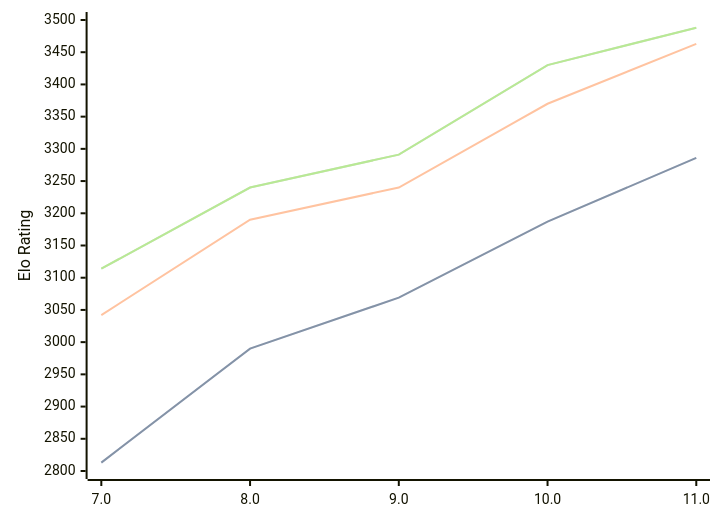
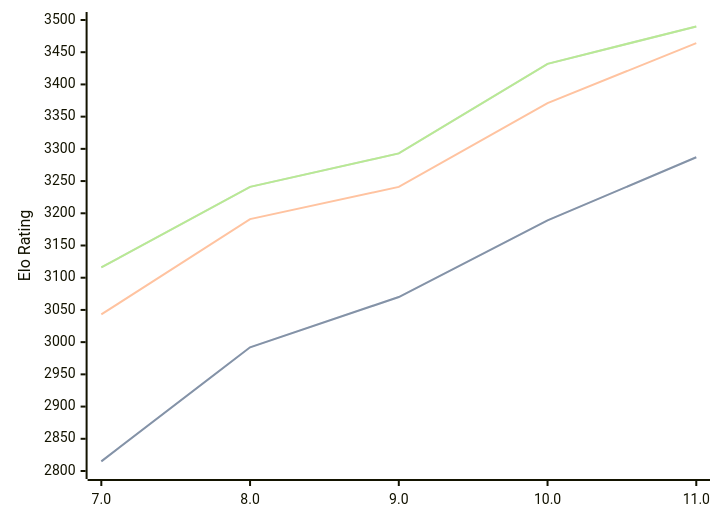
Before and after one commit to computer-chess-index/cci: the diagram in engines/Tcheran.md, drawn with Mermaid. The commit also changed other lines of this file, not shown here.

Commit message:
Update CCI Ratings (ELO VLTC) - 2026-05-06

````diff
--- a/engines/Tcheran.md
+++ b/engines/Tcheran.md
@@ -49,11 +49,11 @@
 ```mermaid
 %%{init: {"theme":"base","themeVariables":{"seriesColors:['#a3a3a3','#222221','#faa371']}}}%%
 xychart-beta
   x-axis ["7.0", "8.0", "9.0", "10.0", "11.0"]
   y-axis "Elo Rating" 2800 --> 3500
-  line "STC (8.0+0.08s)" [2813, 2990, 3069, 3187, 3286]
-  line "STC (8.0+0.08s)" [2813, 2990, 3069, 3187, 3286]
-  line "LTC (60.0+0.60s)" [3042, 3190, 3240, 3370, 3463]
-  line "VLTC (2m24s+1.12s)" [3114, 3240, 3291, 3430, 3488]
-  line "VLTC (2m24s+1.12s)" [3114, 3240, 3291, 3430, 3488]
+  line "STC (8.0+0.08s)" [2815, 2992, 3070, 3189, 3287]
+  line "STC (8.0+0.08s)" [2815, 2992, 3070, 3189, 3287]
+  line "LTC (60.0+0.60s)" [3043, 3191, 3241, 3371, 3464]
+  line "VLTC (2m24s+1.12s)" [3116, 3241, 3293, 3432, 3490]
+  line "VLTC (2m24s+1.12s)" [3116, 3241, 3293, 3432, 3490]
 ```
````
